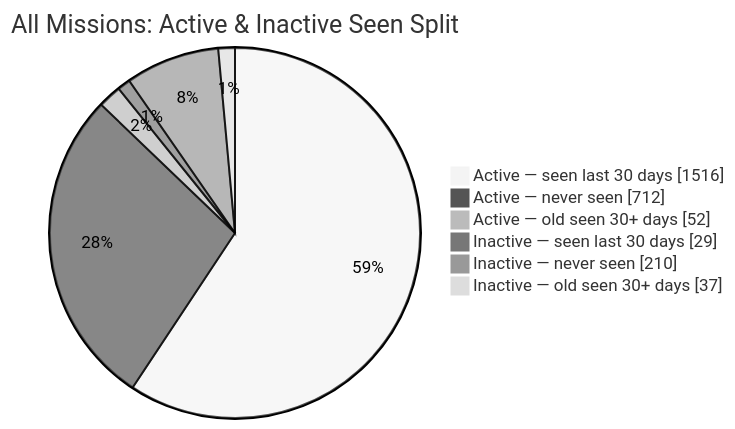
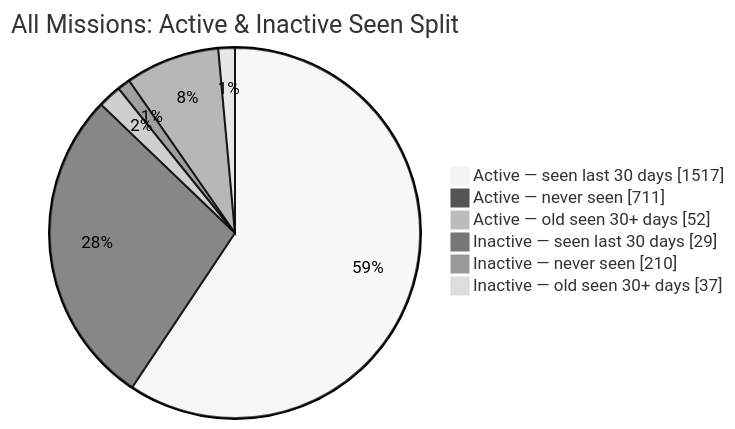
One commit to MeldkamerspelGameTeam/active-missions changed the second of 2 diagrams in README.md. Above: the diagram before and after it, drawn with Mermaid (neutral theme). The commit also changed other lines of this file and 3 other files, not shown here.

````diff
--- a/README.md
+++ b/README.md
@@ -44,10 +44,10 @@
 ```mermaid
 pie showData
     title All Missions: Active & Inactive Seen Split
-    "Active — seen last 30 days" : 1516
-    "Active — never seen" : 712
+    "Active — seen last 30 days" : 1517
+    "Active — never seen" : 711
     "Active — old seen 30+ days" : 52
     "Inactive — seen last 30 days" : 29
     "Inactive — never seen" : 210
     "Inactive — old seen 30+ days" : 37
 ```
````
